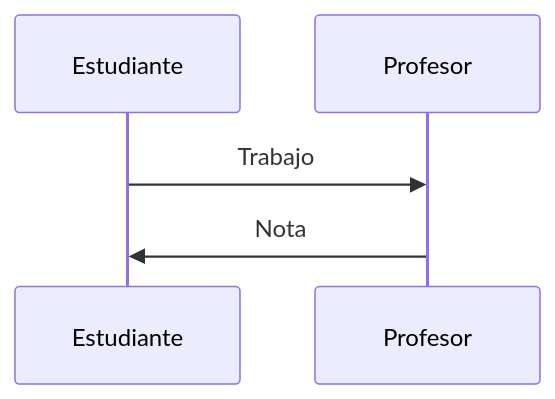
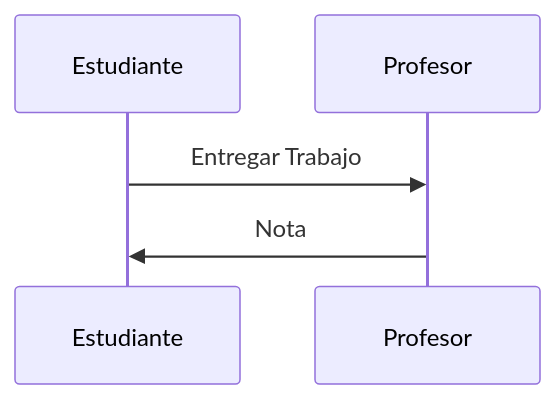
Before and after one commit to gerardfp/uml: the seventh of 7 diagrams in README.md, drawn with Mermaid. The commit also changed other lines of this file, not shown here.

````diff
--- a/README.md
+++ b/README.md
@@ -129,5 +132,5 @@
 ```mermaid
 sequenceDiagram
-   Estudiante->>Profesor: Trabajo
+   Estudiante->>Profesor: Entregar Trabajo
    Profesor->>Estudiante: Nota
 ```
````
